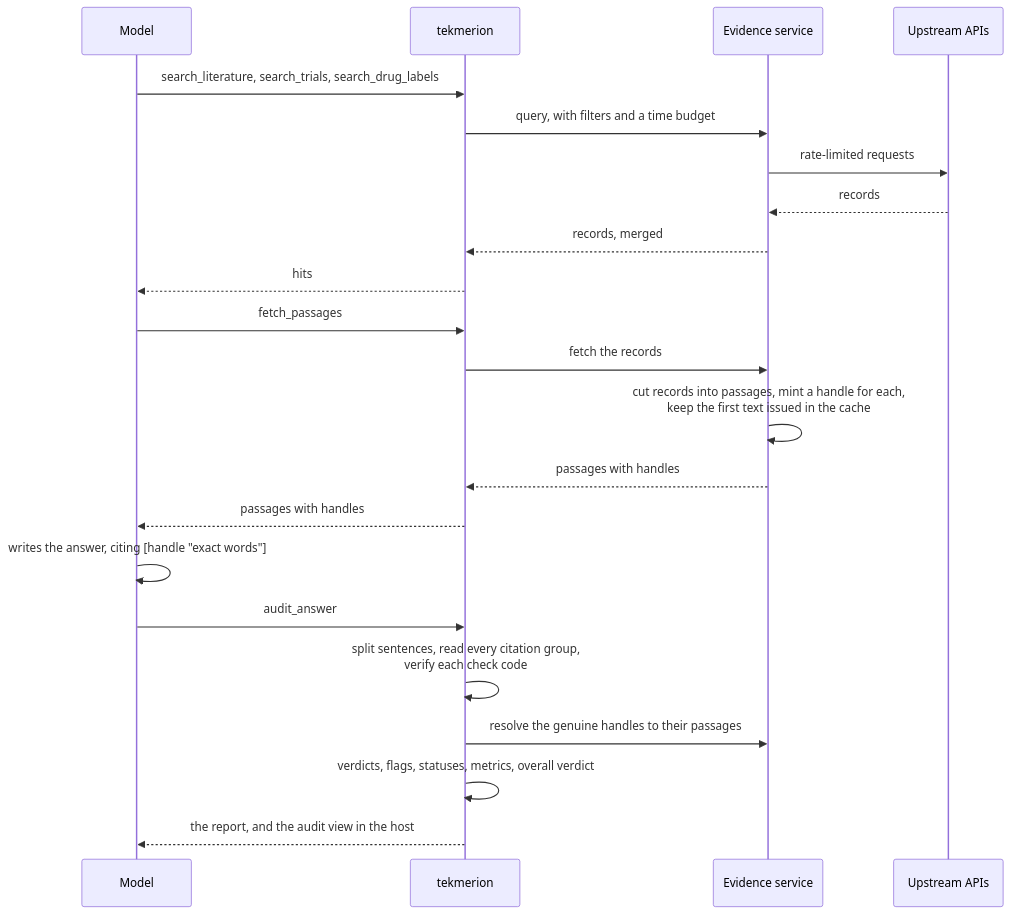
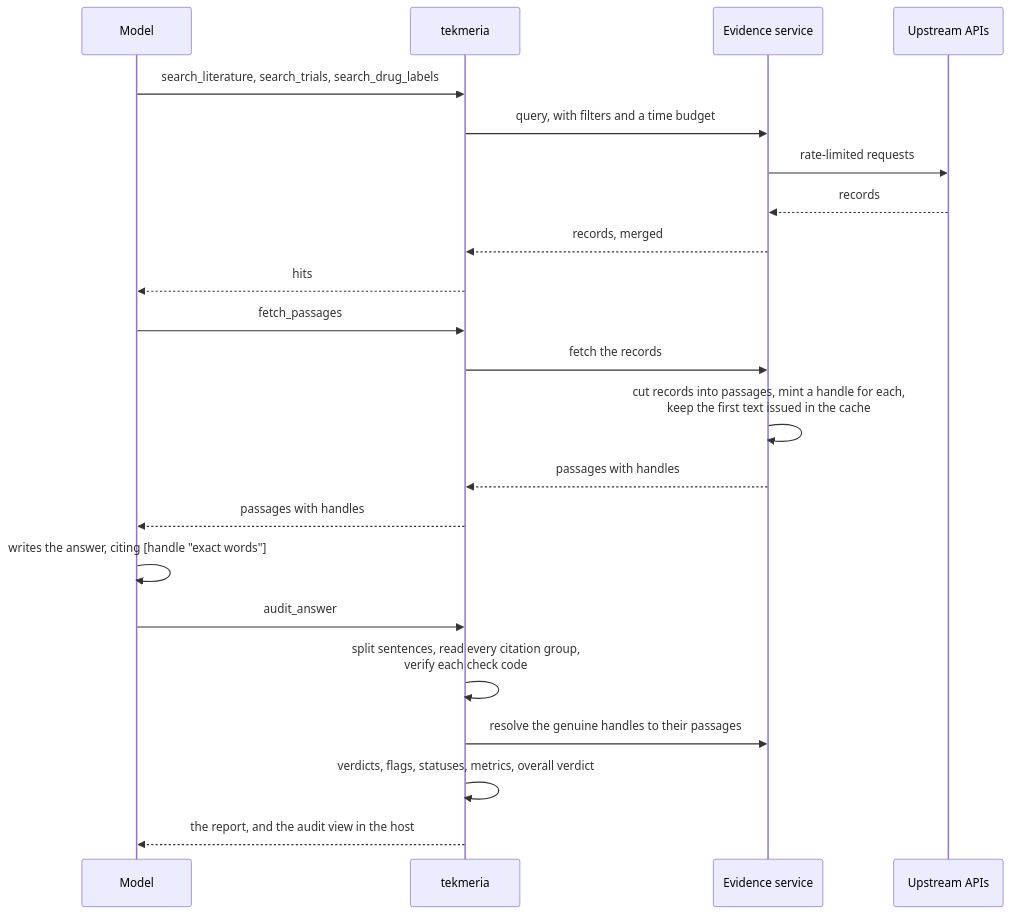
The first of 3 diagrams in docs/DESIGN.md (PedroMarkovicz/tekmeria), drawn with Mermaid before and after one commit. The commit also changed other lines of this file and 207 other files, not shown here.

````diff
--- a/docs/DESIGN.md
+++ b/docs/DESIGN.md
@@ -7,25 +7,25 @@
 ```mermaid
 sequenceDiagram
     participant M as Model
-    participant S as tekmerion
+    participant S as tekmeria
     participant E as Evidence service
     participant A as Upstream APIs
 
     M->>S: search_literature, search_trials, search_drug_labels
     S->>E: query, with filters and a time budget
     E->>A: rate-limited requests
     A-->>E: records
     E-->>S: records, merged
     S-->>M: hits
     M->>S: fetch_passages
     S->>E: fetch the records
     E->>E: cut records into passages, mint a handle for each,<br/>keep the first text issued in the cache
     E-->>S: passages with handles
     S-->>M: passages with handles
     M->>M: writes the answer, citing [handle "exact words"]
     M->>S: audit_answer
     S->>S: split sentences, read every citation group,<br/>verify each check code
     S->>E: resolve the genuine handles to their passages
     S->>S: verdicts, flags, statuses, metrics, overall verdict
     S-->>M: the report, and the audit view in the host
 ```
````
